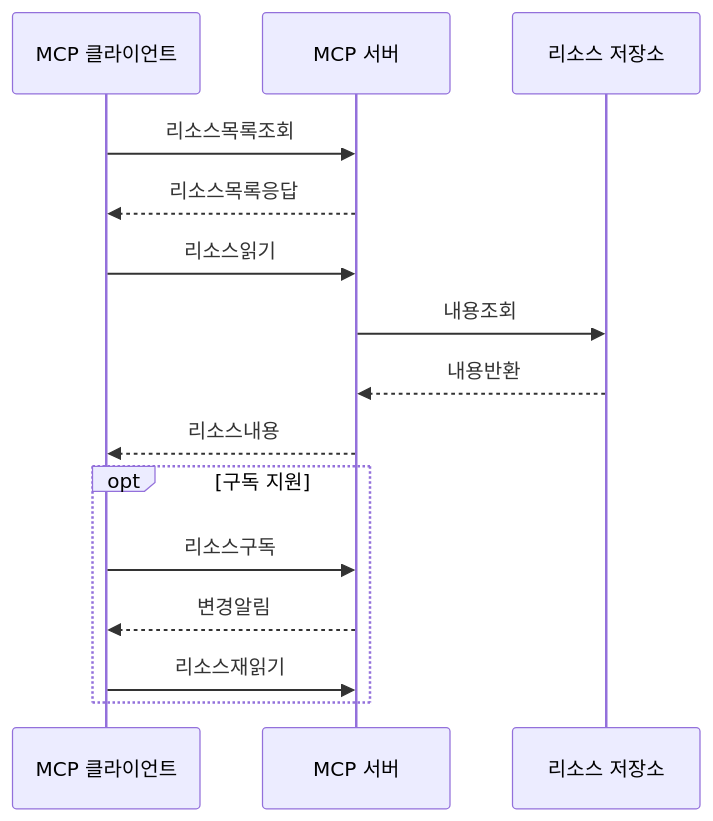
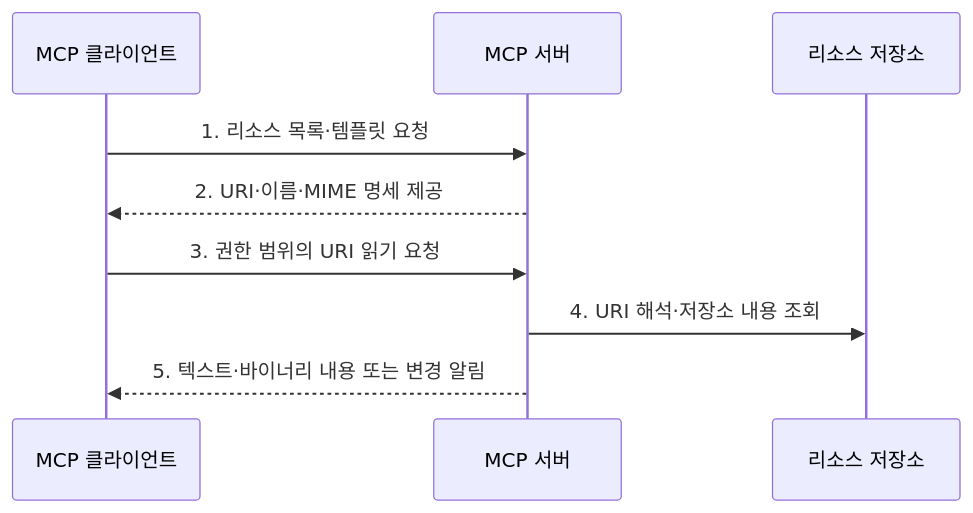
One commit to agnusdei1207/knowledge-base changed the second of 2 diagrams in src/content/docs/notes/08-latest-tech/009_mcp_resource.md. Above: the diagram before and after it, drawn with Mermaid. The commit also changed other lines of this file and 9 other files, not shown here.

````diff
--- a/src/content/docs/notes/08-latest-tech/009_mcp_resource.md
+++ b/src/content/docs/notes/08-latest-tech/009_mcp_resource.md
@@ -79,17 +71,11 @@
 ```mermaid
 sequenceDiagram
     participant C as MCP 클라이언트
     participant S as MCP 서버
     participant B as 리소스 저장소
-    C->>S: 리소스목록조회
-    S-->>C: 리소스목록응답
-    C->>S: 리소스읽기
-    S->>B: 내용조회
-    B-->>S: 내용반환
-    S-->>C: 리소스내용
-    opt 구독 지원
-        C->>S: 리소스구독
-        S-->>C: 변경알림
-        C->>S: 리소스재읽기
-    end
+    C->>S: 1. 리소스 목록·템플릿 요청
+    S-->>C: 2. URI·이름·MIME 명세 제공
+    C->>S: 3. 권한 범위의 URI 읽기 요청
+    S->>B: 4. URI 해석·저장소 내용 조회
+    S-->>C: 5. 텍스트·바이너리 내용 또는 변경 알림
 ```
````
